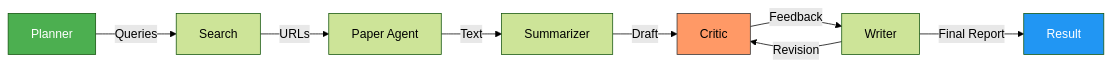
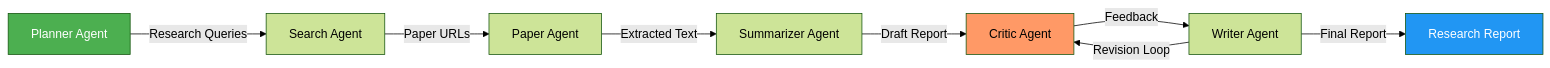
Before and after one commit to mrshibly/autonomous-research-agent: the diagram in README.md, drawn with Mermaid (forest theme). The commit also changed other lines of this file, not shown here.

````diff
--- a/README.md
+++ b/README.md
@@ -66,14 +91,14 @@
 ```mermaid
 flowchart LR
-    A[Planner] -->|Queries| B[Search]
-    B -->|URLs| C[Paper Agent]
-    C -->|Text| D[Summarizer]
-    D -->|Draft| E[Critic]
-    E -->|Feedback| F[Writer]
-    F -->|Revision| E
-    F -->|Final Report| G[Result]
-    
-    style E fill:#f96,stroke:#333
+    A[Planner Agent] -->|Research Queries| B[Search Agent]
+    B -->|Paper URLs| C[Paper Agent]
+    C -->|Extracted Text| D[Summarizer Agent]
+    D -->|Draft Report| E[Critic Agent]
+    E -->|Feedback| F[Writer Agent]
+    F -->|Revision Loop| E
+    F -->|Final Report| G[Research Report]
+
     style A fill:#4CAF50,color:#fff
     style G fill:#2196F3,color:#fff
+    style E fill:#f96
 ```
````
